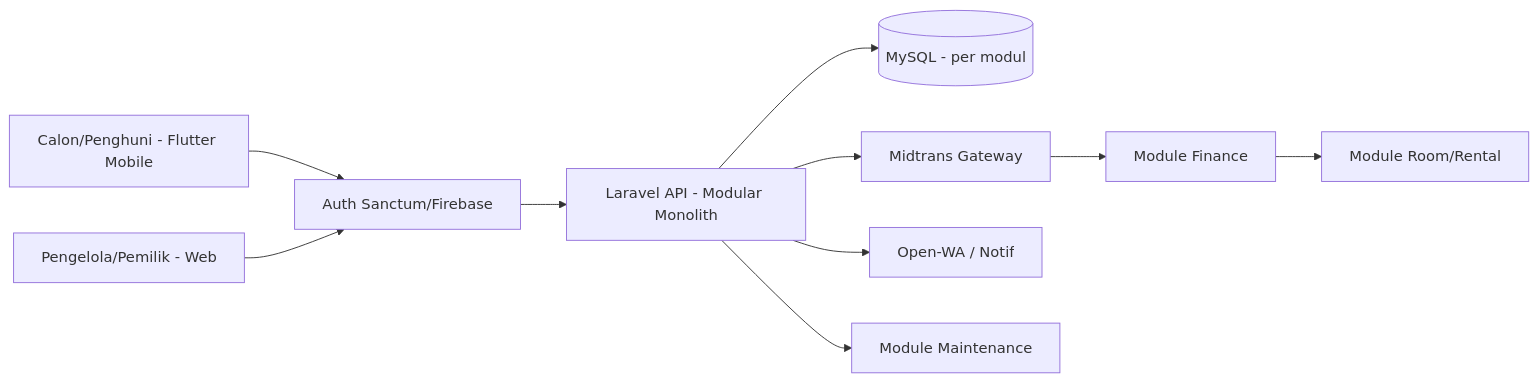
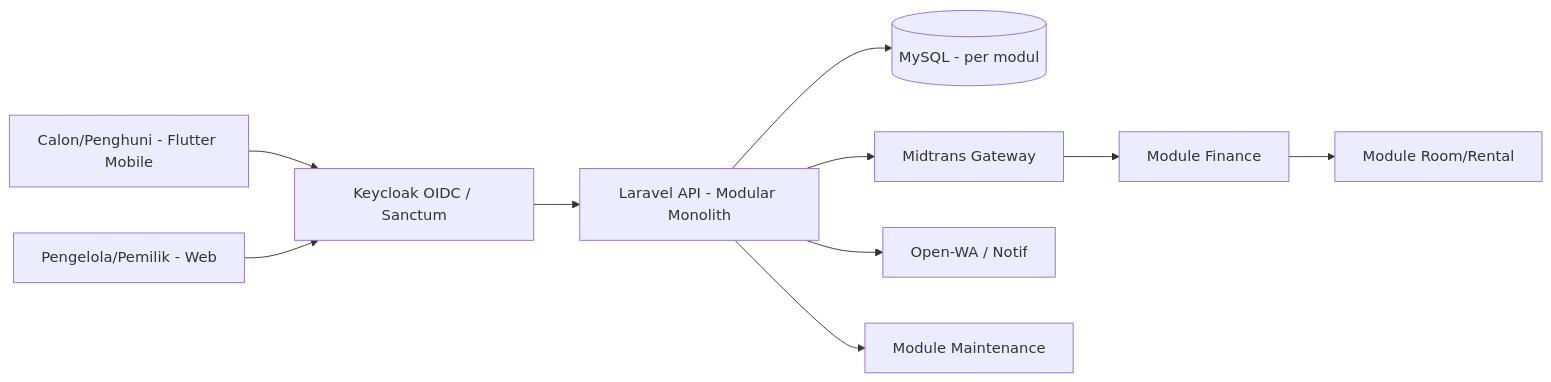
One commit to ALFIAN-code/management-kost changed the diagram in Docs/00_overview/ARCHITECTURE.md. Above: the diagram before and after it, drawn with Mermaid. The commit also changed other lines of this file and 71 other files, not shown here.

First line of the commit message:
feat(diagrams): add official diagram catalog for project documentation

````diff
--- a/Docs/00_overview/ARCHITECTURE.md
+++ b/Docs/00_overview/ARCHITECTURE.md
@@ -86,12 +88,12 @@
 ```mermaid
 flowchart LR
-  Penghuni[Calon/Penghuni - Flutter Mobile] --> Auth[Auth Sanctum/Firebase]
+  Penghuni[Calon/Penghuni - Flutter Mobile] --> Auth[Keycloak OIDC / Sanctum]
   Pengelola[Pengelola/Pemilik - Web] --> Auth
   Auth --> API[Laravel API - Modular Monolith]
   API --> DB[(MySQL - per modul)]
   API --> Midtrans[Midtrans Gateway]
   API --> Notif[Open-WA / Notif]
   Midtrans --> Finance[Module Finance]
   Finance --> Room[Module Room/Rental]
   API --> Maint[Module Maintenance]
 ```
````
